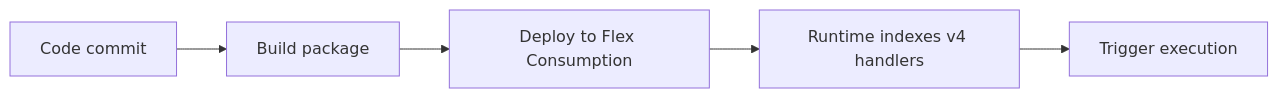
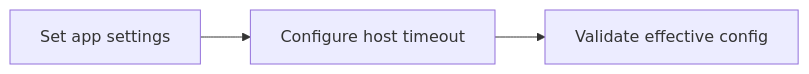
The second of 2 diagrams in docs/language-guides/nodejs/tutorial/flex-consumption/03-configuration.md (yeongseon/azure-functions-practical-guide), drawn with Mermaid before and after one commit. The commit also changed other lines of this file and 7 other files, not shown here.

Commit message:
docs: validate and fix Node.js Flex Consumption tutorials 01-07 against live deployment

````diff
--- a/docs/language-guides/nodejs/tutorial/flex-consumption/03-configuration.md
+++ b/docs/language-guides/nodejs/tutorial/flex-consumption/03-configuration.md
@@ -23,7 +48,5 @@
 ```mermaid
 flowchart LR
-    A[Code commit] --> B[Build package]
-    B --> C[Deploy to Flex Consumption]
-    C --> D[Runtime indexes v4 handlers]
-    D --> E[Trigger execution]
+    A[Set app settings] --> B[Configure host timeout]
+    B --> C[Validate effective config]
 ```
````
